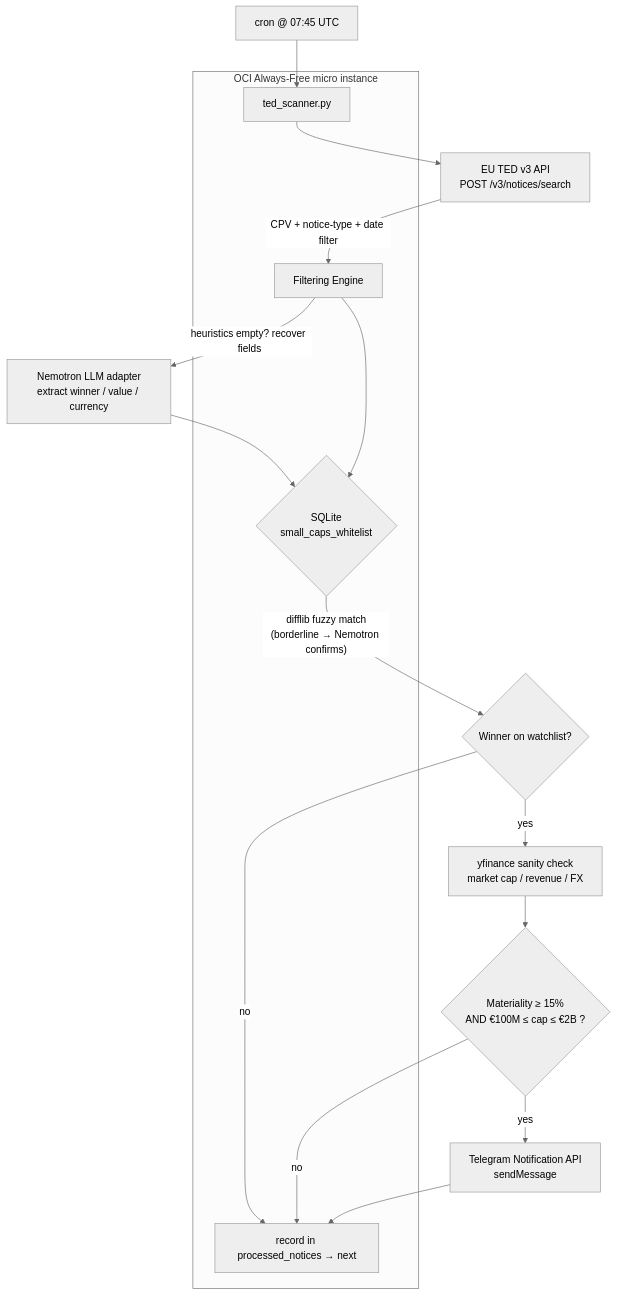
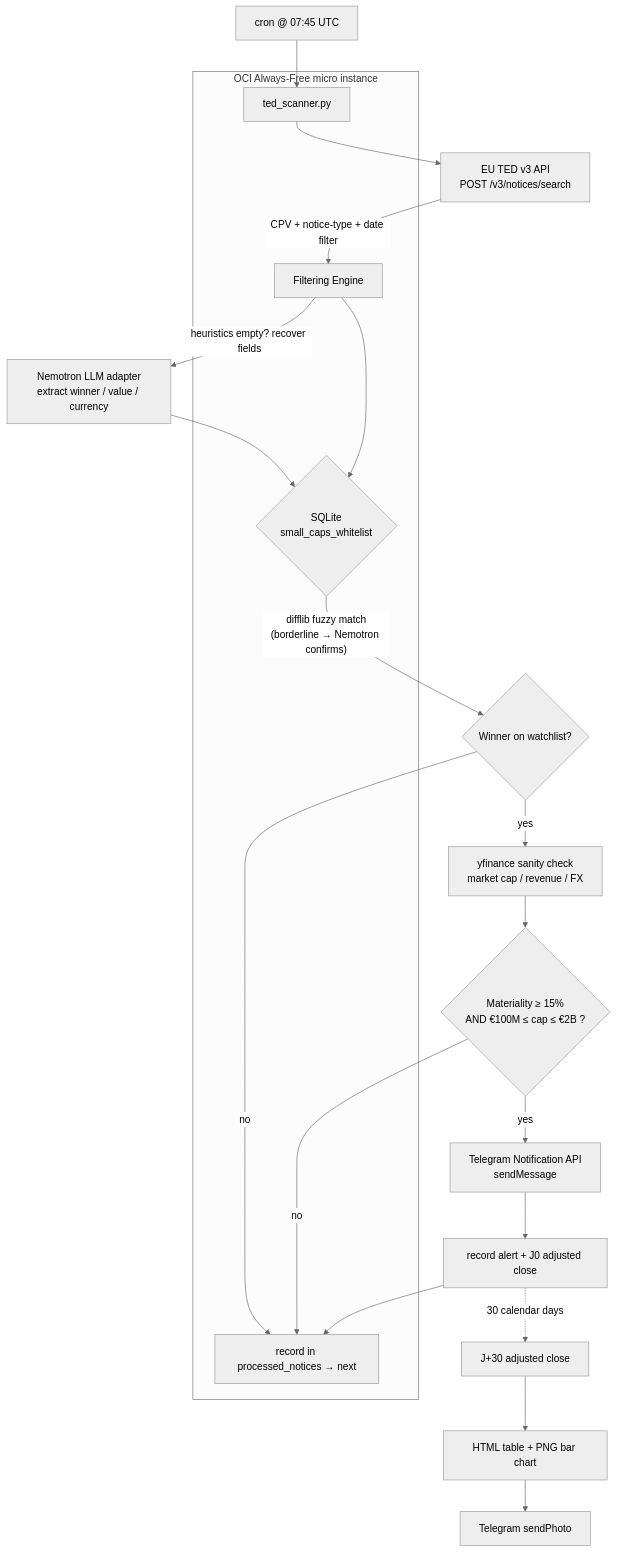
Before and after one commit to cluster2600/ted_bot: the diagram in README.md, drawn with Mermaid (neutral theme). The commit also changed other lines of this file and 7 other files, not shown here.

````diff
--- a/README.md
+++ b/README.md
@@ -24,23 +27,27 @@
 ```mermaid
 flowchart TD
     A["cron @ 07:45 UTC"] --> B["ted_scanner.py"]
     B --> C["EU TED v3 API<br/>POST /v3/notices/search"]
     C -->|"CPV + notice-type + date filter"| D["Filtering Engine"]
     D -->|"heuristics empty? recover fields"| L["Nemotron LLM adapter<br/>extract winner / value / currency"]
     L --> E
     D --> E{"SQLite<br/>small_caps_whitelist"}
     E -->|"difflib fuzzy match<br/>(borderline → Nemotron confirms)"| F{"Winner on watchlist?"}
     F -->|no| G["record in processed_notices → next"]
     F -->|yes| H["yfinance sanity check<br/>market cap / revenue / FX"]
     H --> I{"Materiality ≥ 15%<br/>AND €100M ≤ cap ≤ €2B ?"}
     I -->|no| G
     I -->|yes| J["Telegram Notification API<br/>sendMessage"]
-    J --> G
+    J --> M["record alert + J0 adjusted close"]
+    M --> G
+    M -. "30 calendar days" .-> N["J+30 adjusted close"]
+    N --> O["HTML table + PNG bar chart"]
+    O --> P["Telegram sendPhoto"]
 
     subgraph LOCAL["OCI Always-Free micro instance"]
         B
         D
         E
         G
     end
 ```
````
